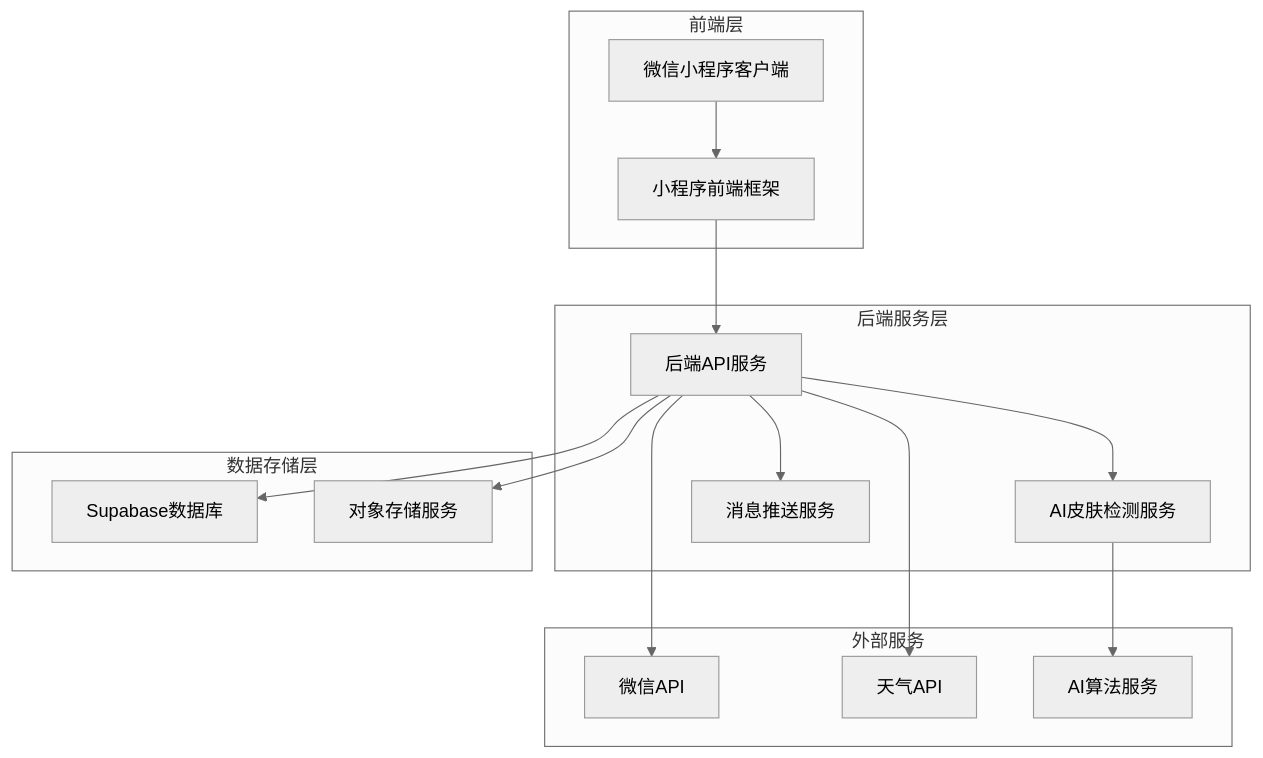
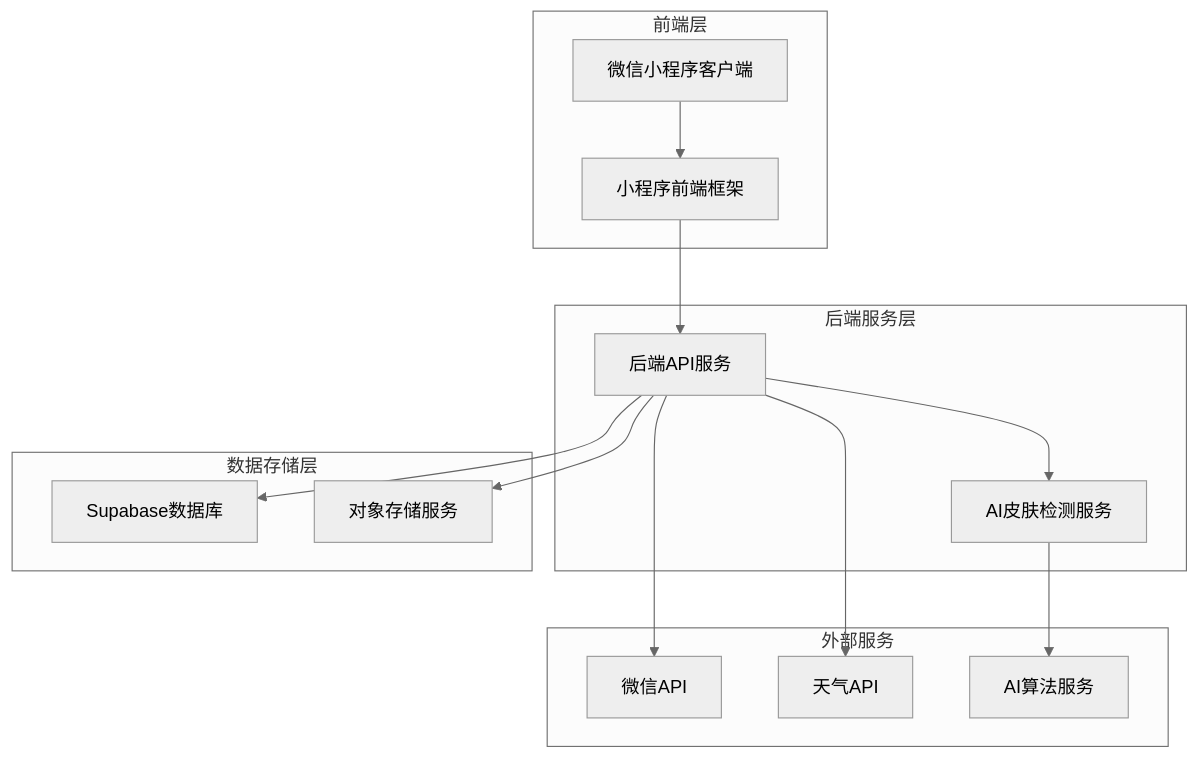
Before and after one commit to Psychic-k/Skin-care: the first of 3 diagrams in .trae/documents/Skin-care护肤小程序技术架构文档.md, drawn with Mermaid (neutral theme). The commit also changed other lines of this file and 102 other files, not shown here.

````diff
--- a/.trae/documents/Skin-care护肤小程序技术架构文档.md
+++ b/.trae/documents/Skin-care护肤小程序技术架构文档.md
@@ -5,35 +5,33 @@
 ```mermaid
 graph TD
     A[微信小程序客户端] --> B[小程序前端框架]
     B --> C[后端API服务]
     C --> D[AI皮肤检测服务]
     C --> E[Supabase数据库]
     C --> F[对象存储服务]
-    C --> G[消息推送服务]
     
     subgraph "前端层"
         A
         B
     end
     
     subgraph "后端服务层"
         C
         D
-        G
     end
     
     subgraph "数据存储层"
         E
         F
     end
     
     subgraph "外部服务"
-        H[微信API]
-        I[天气API]
-        J[AI算法服务]
+        G[微信API]
+        H[天气API]
+        I[AI算法服务]
     end
     
+    C --> G
     C --> H
-    C --> I
-    D --> J
+    D --> I
 ```
````
